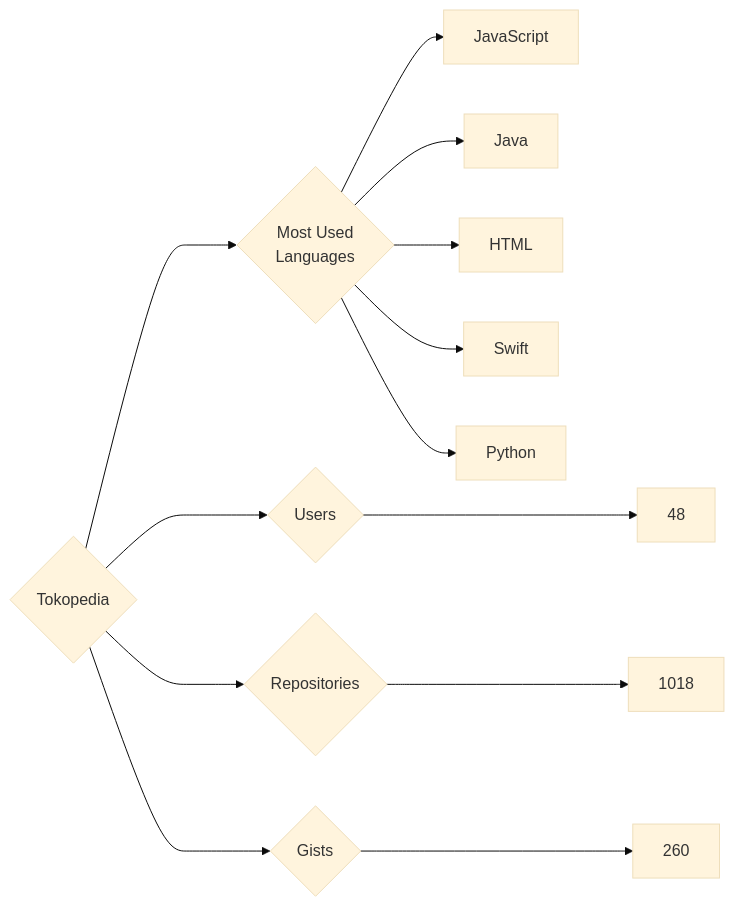
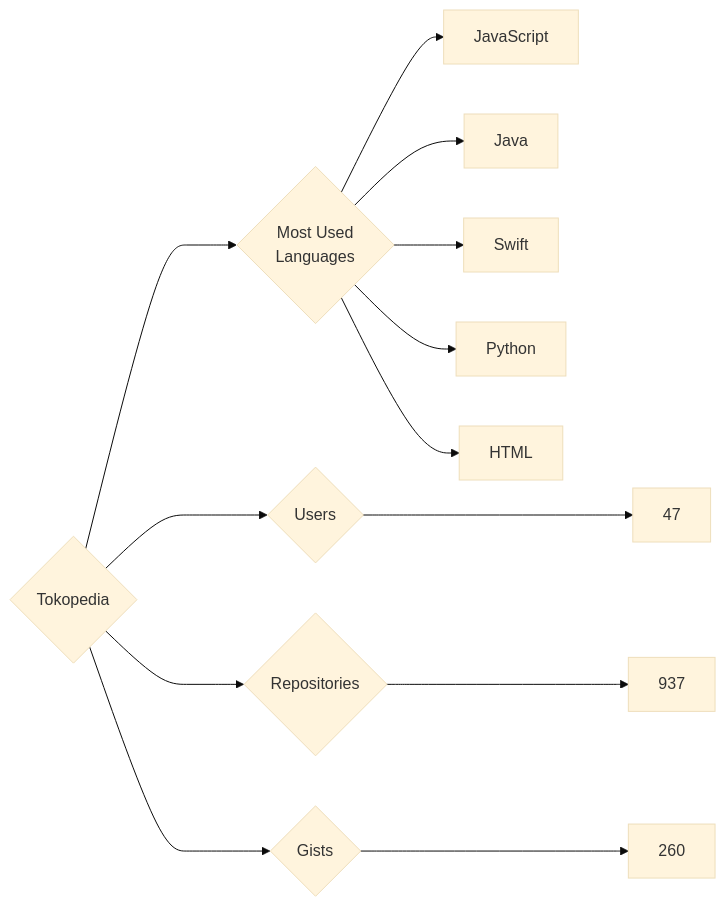
Before and after one commit to trickest/insiders: the diagram in targets/Tokopedia/README.md, drawn with Mermaid (base theme). The commit also changed 823 other files, not shown here.

````diff
--- a/targets/Tokopedia/README.md
+++ b/targets/Tokopedia/README.md
@@ -3,13 +3,13 @@
 ```mermaid
 graph LR
 COMPANY_NAME{Tokopedia}
-COMPANY_NAME ---> U{Users} ---> UN[48]
-COMPANY_NAME ---> R{Repositories} ---> RN[1018]
+COMPANY_NAME ---> U{Users} ---> UN[47]
+COMPANY_NAME ---> R{Repositories} ---> RN[937]
 COMPANY_NAME ---> G{Gists} ---> GN[260]
 COMPANY_NAME ---> ML{Most Used<br>Languages}
 ML --> JavaScript[JavaScript]
 ML --> Java[Java]
-ML --> HTML[HTML]
 ML --> Swift[Swift]
 ML --> Python[Python]
+ML --> HTML[HTML]
 ```
````
